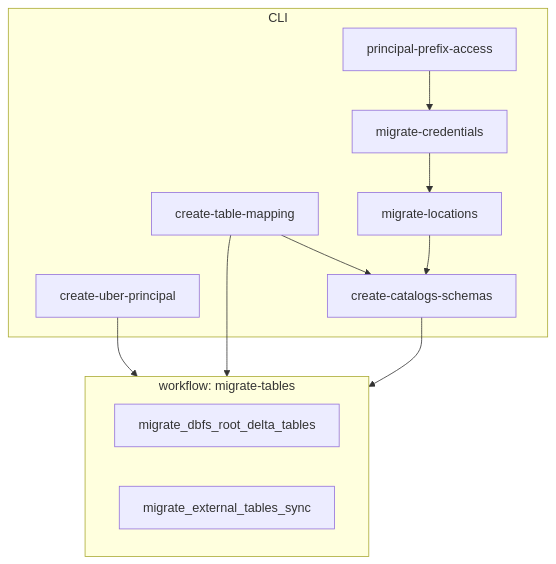
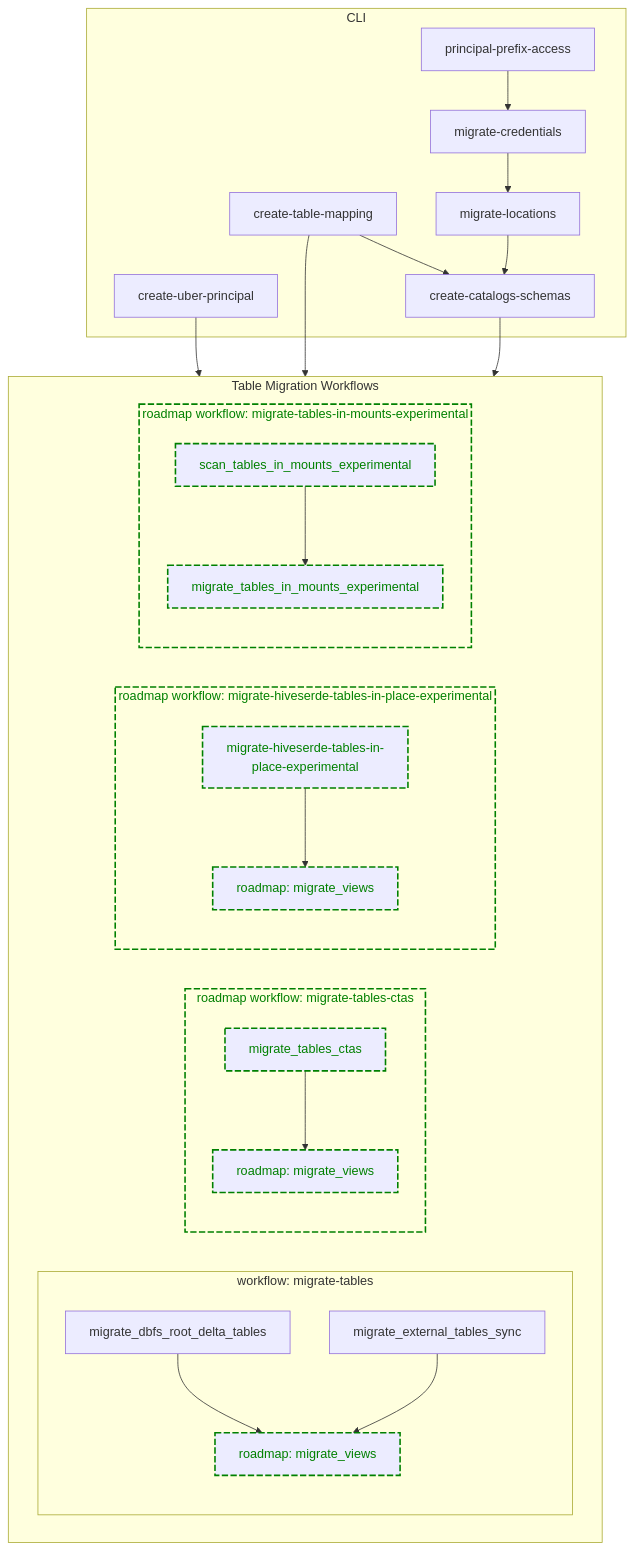
One commit to databrickslabs/ucx changed the second of 2 diagrams in README.md. Above: the diagram before and after it, drawn with Mermaid. The commit also changed other lines of this file, not shown here.

Commit message:
add roadmap workflows and tasks to Table Migration Workflow document

````diff
--- a/README.md
+++ b/README.md
@@ -353,19 +353,43 @@
 ```mermaid
-flowchart TD
+flowchart TB
     subgraph CLI
-    create_table_mapping[create-table-mapping] --> create_catalogs_schemas[create-catalogs-schemas]
-    create_uber_principal[create-uber-principal]
-    principal_prefix_access[principal-prefix-access] --> migrate_credentials[migrate-credentials]
-    migrate_credentials --> migrate_locations[migrate-locations]
-    migrate_locations --> create_catalogs_schemas
+      create_table_mapping[create-table-mapping] --> create_catalogs_schemas[create-catalogs-schemas]
+      create_uber_principal[create-uber-principal]
+      principal_prefix_access[principal-prefix-access] --> migrate_credentials[migrate-credentials]
+      migrate_credentials --> migrate_locations[migrate-locations]
+      migrate_locations --> create_catalogs_schemas
     end
     
-    create_uber_principal --> mt_workflow
-    create_table_mapping --> mt_workflow
-    create_catalogs_schemas --> mt_workflow
+    create_uber_principal --> workflow
+    create_table_mapping --> workflow
+    create_catalogs_schemas --> workflow
     
-    subgraph mt_workflow[workflow: migrate-tables]
-    dbfs_root_delta_mt_task[migrate_dbfs_root_delta_tables]
-    external_tables_sync_mt_task[migrate_external_tables_sync]
+    subgraph workflow[Table Migration Workflows]
+      subgraph mt_workflow[workflow: migrate-tables]
+        dbfs_root_delta_mt_task[migrate_dbfs_root_delta_tables]
+        external_tables_sync_mt_task[migrate_external_tables_sync]
+        view_mt_task[roadmap: migrate_views]
+        dbfs_root_delta_mt_task --> view_mt_task
+        external_tables_sync_mt_task --> view_mt_task
+      end
+      
+      subgraph mt_ctas_wf[roadmap workflow: migrate-tables-ctas]
+        ctas_mt_task[migrate_tables_ctas] --> view_mt_task_ctas[roadmap: migrate_views]
+      end
+  
+      subgraph mt_serde_inplace_wf[roadmap workflow: migrate-hiveserde-tables-in-place-experimental]
+        serde_inplace_mt_task[migrate-hiveserde-tables-in-place-experimental] --> view_mt_task_inplace[roadmap: migrate_views]
+      end
+  
+      subgraph mt_in_mounts_wf[roadmap workflow: migrate-tables-in-mounts-experimental]
+        scan_tables_in_mounts_experimental_task[scan_tables_in_mounts_experimental] --> 
+        migrate_tables_in_mounts_experimental[migrate_tables_in_mounts_experimental]
+      end
     end
+    
+    classDef roadmap stroke:Green,stroke-width:2px,color:Green,stroke-dasharray: 8 3
+    class view_mt_task roadmap;
+    class mt_ctas_wf,ctas_mt_task,view_mt_task_ctas roadmap;
+    class mt_serde_inplace_wf,serde_inplace_mt_task,view_mt_task_inplace roadmap;
+    class mt_in_mounts_wf,scan_tables_in_mounts_experimental_task,migrate_tables_in_mounts_experimental roadmap;
 ```
````
